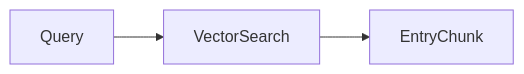
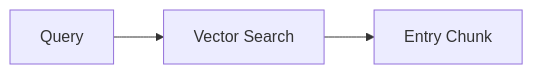
One commit to vanshksingh/Thread-RAG changed the seventh of 19 diagrams in README.md. Above: the diagram before and after it, drawn with Mermaid. The commit also changed other lines of this file, not shown here.

First line of the commit message:
Revise THREAD-RAG architecture details in README

````diff
--- a/README.md
+++ b/README.md
@@ -143,4 +158,4 @@
 ```mermaid
 flowchart LR
-Query --> VectorSearch --> EntryChunk
+Query --> VectorSearch["Vector Search"] --> EntryChunk["Entry Chunk"]
 ```
````
